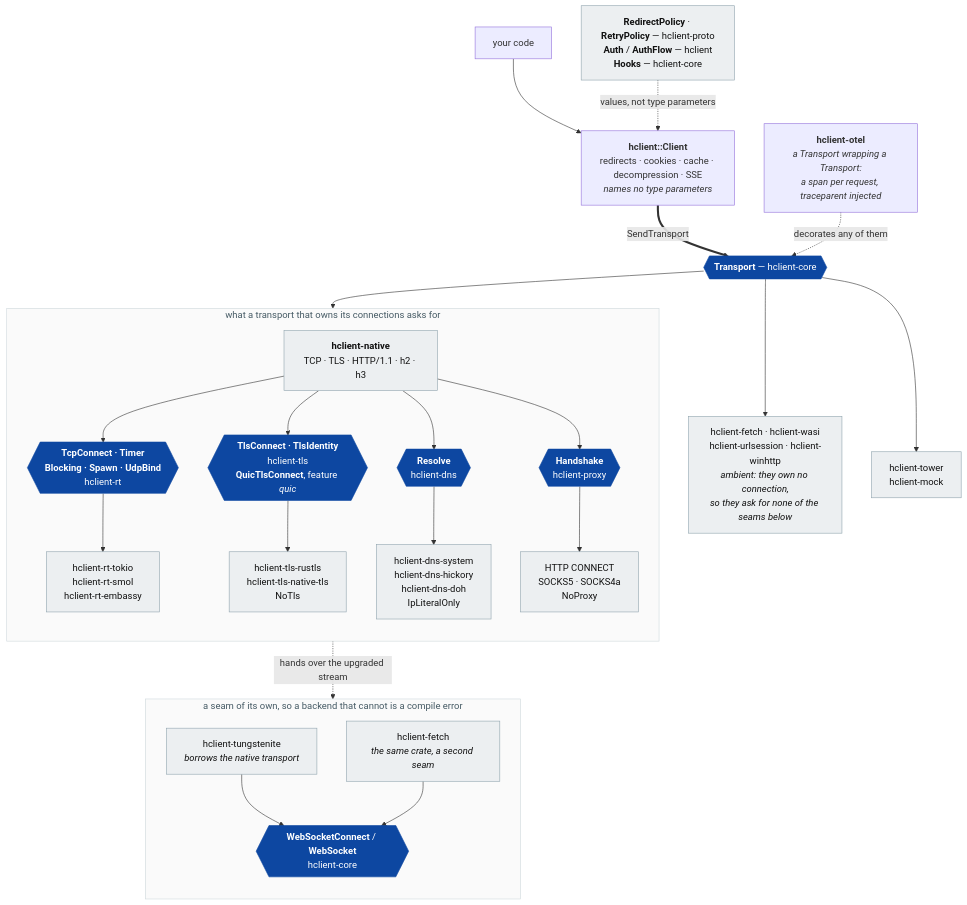
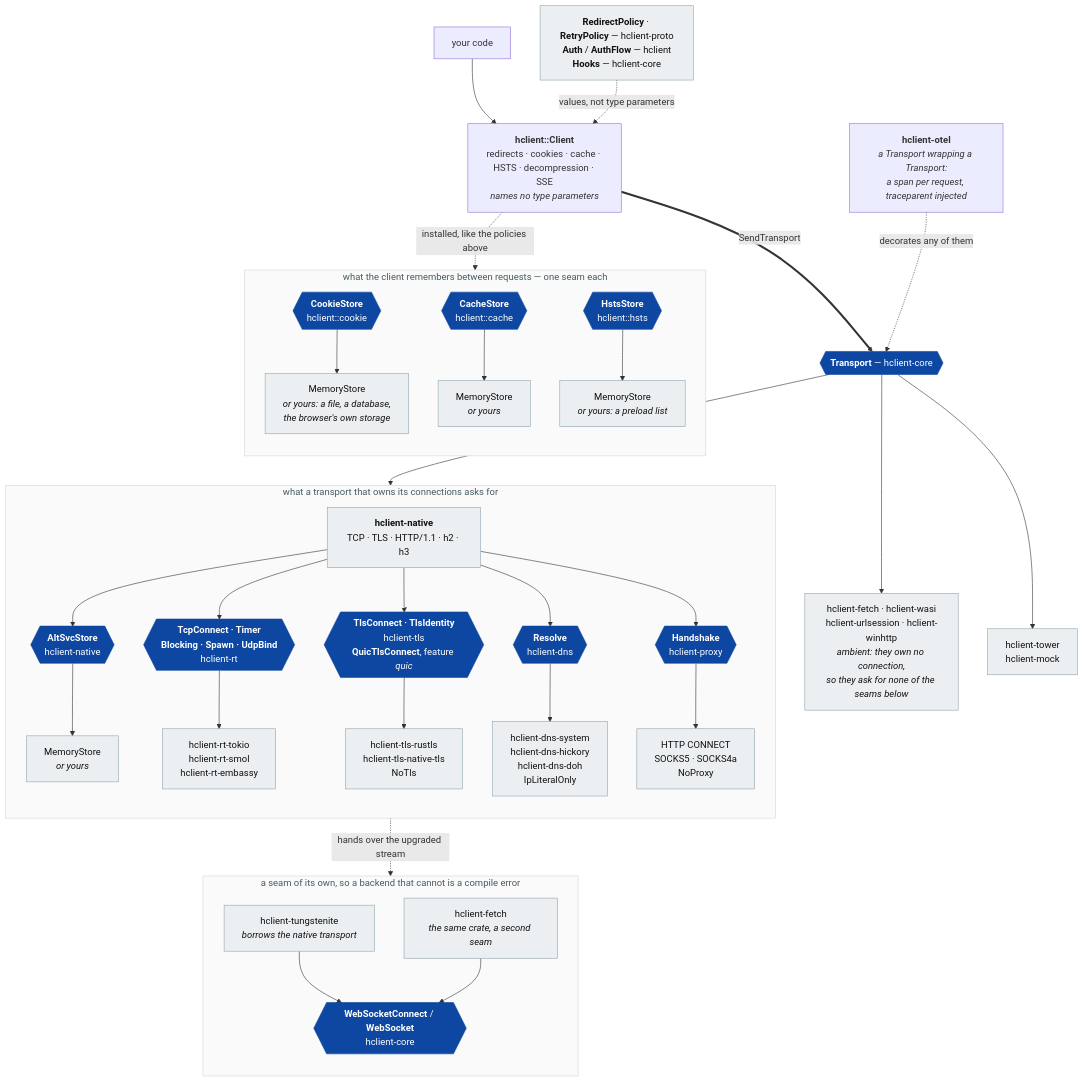
The diagram in README.md (GamePad64/hclient), drawn with Mermaid before and after one commit. The commit also changed other lines of this file, not shown here.

First line of the commit message:
The seams diagram grew four stores, and the count in the heading went

````diff
--- a/README.md
+++ b/README.md
@@ -76,39 +77,50 @@
 ```mermaid
 flowchart TB
     you["your code"] --> C
-    C["<b>hclient::Client</b><br/>redirects · cookies · cache · decompression · SSE<br/><i>names no type parameters</i>"]
+    C["<b>hclient::Client</b><br/>redirects · cookies · cache · HSTS · decompression · SSE<br/><i>names no type parameters</i>"]
     POL["<b>RedirectPolicy</b> · <b>RetryPolicy</b> — hclient-proto<br/><b>Auth</b> / <b>AuthFlow</b> — hclient<br/><b>Hooks</b> — hclient-core"] -. "values, not type parameters" .-> C
     C == "SendTransport" ==> TR{{"<b>Transport</b> — hclient-core"}}
+    C -. "installed, like the policies above" .-> MEM
 
     TR --> AMB["hclient-fetch · hclient-wasi<br/>hclient-urlsession · hclient-winhttp<br/><i>ambient: they own no connection,<br/>so they ask for none of the seams below</i>"]
     TR --> OTH["hclient-tower<br/>hclient-mock"]
     OTEL["<b>hclient-otel</b><br/><i>a Transport wrapping a Transport:<br/>a span per request, traceparent injected</i>"] -. "decorates any of them" .-> TR
     TR --> NAT
     NAT -. "hands over the upgraded stream" .-> TUN
 
     subgraph OWN["what a transport that owns its connections asks for"]
         direction TB
         NAT["<b>hclient-native</b><br/>TCP · TLS · HTTP/1.1 · h2 · h3"]
         NAT --> RT{{"<b>TcpConnect · Timer</b><br/><b>Blocking · Spawn · UdpBind</b><br/>hclient-rt"}}
         NAT --> TLS{{"<b>TlsConnect · TlsIdentity</b><br/>hclient-tls<br/><b>QuicTlsConnect</b>, feature <i>quic</i>"}}
         NAT --> DNS{{"<b>Resolve</b><br/>hclient-dns"}}
         NAT --> PXY{{"<b>Handshake</b><br/>hclient-proxy"}}
+        NAT --> ALT{{"<b>AltSvcStore</b><br/>hclient-native"}}
+        ALT --> ALI["MemoryStore<br/><i>or yours</i>"]
         RT --> RTI["hclient-rt-tokio<br/>hclient-rt-smol<br/>hclient-rt-embassy"]
         TLS --> TLI["hclient-tls-rustls<br/>hclient-tls-native-tls<br/>NoTls"]
         DNS --> DNI["hclient-dns-system<br/>hclient-dns-hickory<br/>hclient-dns-doh<br/>IpLiteralOnly"]
         PXY --> PXI["HTTP CONNECT<br/>SOCKS5 · SOCKS4a<br/>NoProxy"]
+    end
+
+    subgraph MEM["what the client remembers between requests — one seam each"]
+        direction TB
+        CS{{"<b>CookieStore</b><br/>hclient::cookie"}} --> CSI["MemoryStore<br/><i>or yours: a file, a database,<br/>the browser's own storage</i>"]
+        HC{{"<b>CacheStore</b><br/>hclient::cache"}} --> HCI["MemoryStore<br/><i>or yours</i>"]
+        HS{{"<b>HstsStore</b><br/>hclient::hsts"}} --> HSI["MemoryStore<br/><i>or yours: a preload list</i>"]
     end
 
     subgraph SOCK["a seam of its own, so a backend that cannot is a compile error"]
         direction TB
         TUN["hclient-tungstenite<br/><i>borrows the native transport</i>"] --> WS{{"<b>WebSocketConnect</b> / <b>WebSocket</b><br/>hclient-core"}}
         FE2["hclient-fetch<br/><i>the same crate, a second seam</i>"] --> WS
     end
 
     classDef cluster fill:#fafafa,stroke:#cfd8dc,color:#455a64;
     class OWN,SOCK cluster;
+    class MEM cluster;
     classDef seam fill:#0d47a1,stroke:#0d47a1,color:#fff;
     classDef box fill:#eceff1,stroke:#90a4ae,color:#111;
-    class TR,RT,TLS,DNS,PXY,WS seam;
-    class NAT,AMB,OTH,RTI,TLI,DNI,PXI,TUN,FE2,POL box;
+    class TR,RT,TLS,DNS,PXY,WS,CS,HC,HS,ALT seam;
+    class NAT,AMB,OTH,RTI,TLI,DNI,PXI,TUN,FE2,POL,CSI,HCI,HSI,ALI box;
 ```
````
